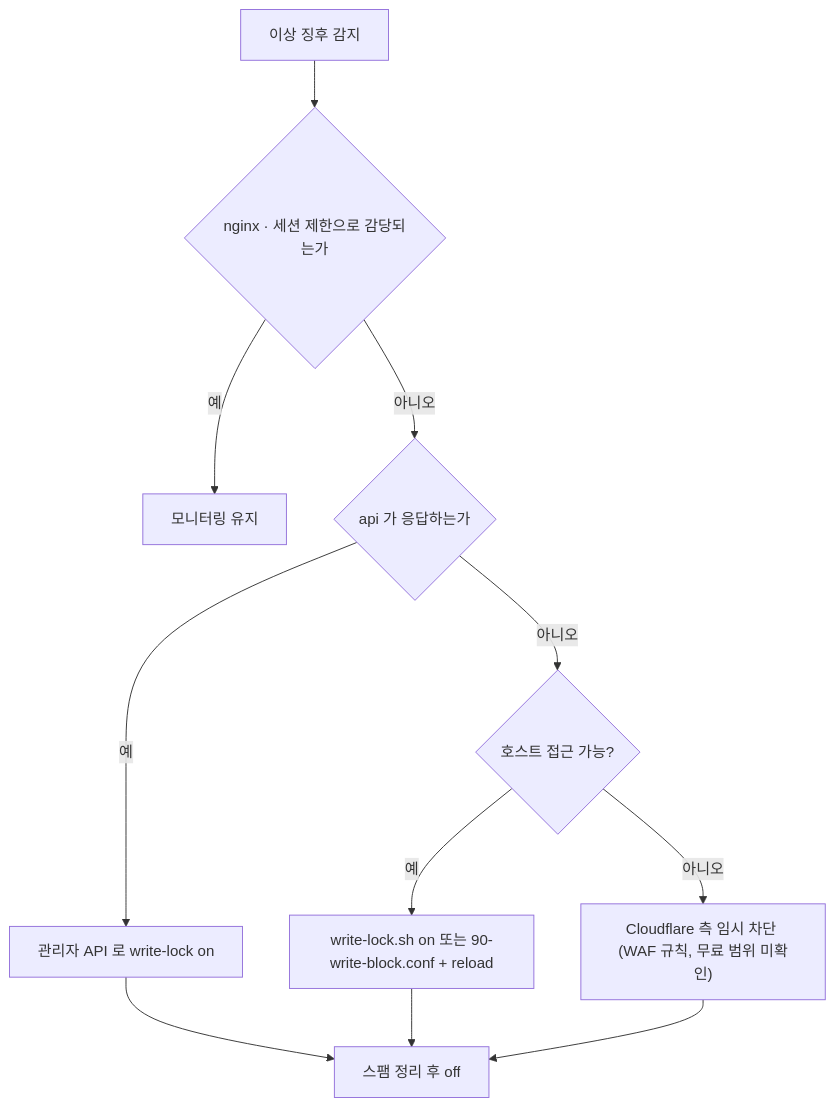
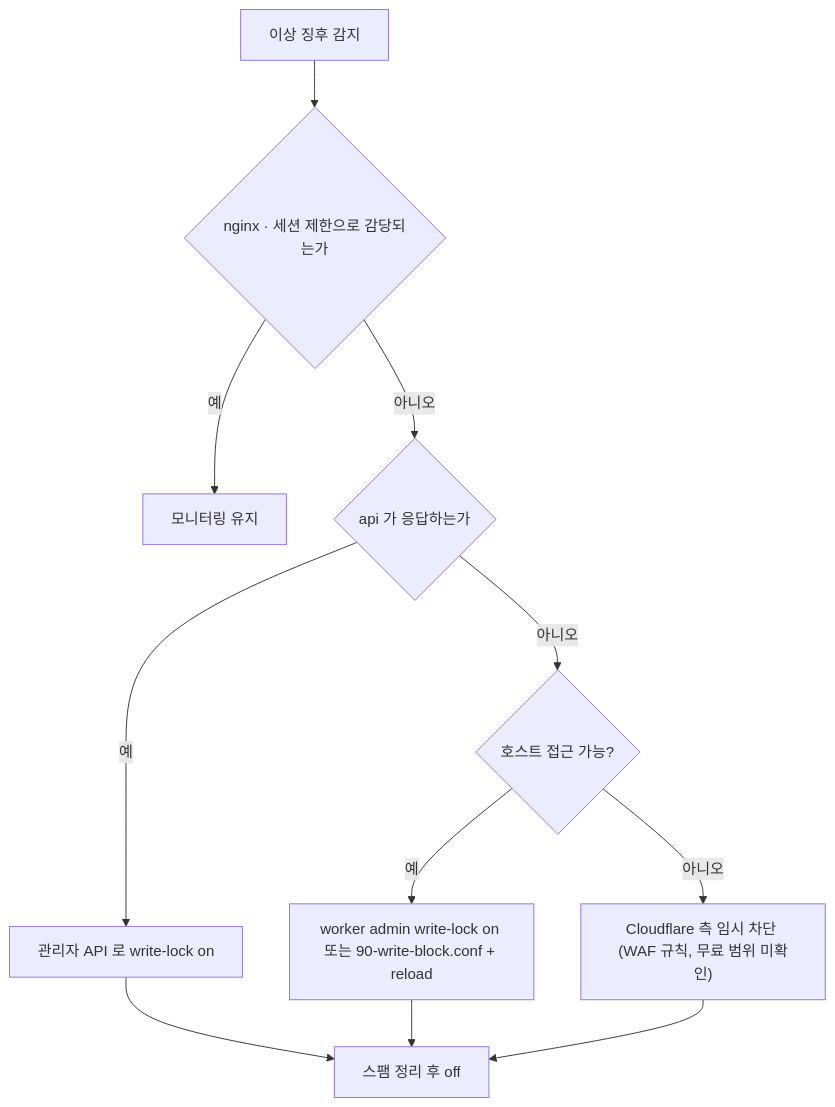
One commit to 1985jwlee/portpolio_backend changed diagram 32 of 34 in docs/design/features/17-ops-observability.md. Above: the diagram before and after it, drawn with Mermaid. The commit also changed other lines of this file and 33 other files, not shown here.

````diff
--- a/docs/design/features/17-ops-observability.md
+++ b/docs/design/features/17-ops-observability.md
@@ -1641,13 +1692,13 @@
 ```mermaid
 flowchart TD
     A["이상 징후 감지"] --> B{"nginx · 세션 제한으로 감당되는가"}
     B -- "예" --> M["모니터링 유지"]
     B -- "아니오" --> C{"api 가 응답하는가"}
     C -- "예" --> D["관리자 API 로 write-lock on"]
     C -- "아니오" --> E{"호스트 접근 가능?"}
-    E -- "예" --> F["write-lock.sh on 또는 90-write-block.conf + reload"]
+    E -- "예" --> F["worker admin write-lock on 또는 90-write-block.conf + reload"]
     E -- "아니오" --> G["Cloudflare 측 임시 차단 (WAF 규칙, 무료 범위 미확인)"]
     D --> H["스팸 정리 후 off"]
     F --> H
     G --> H
 ```
````
